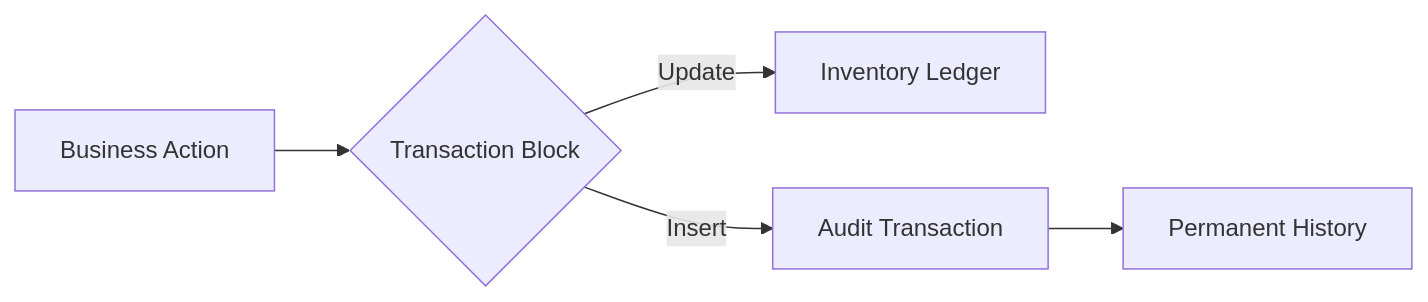
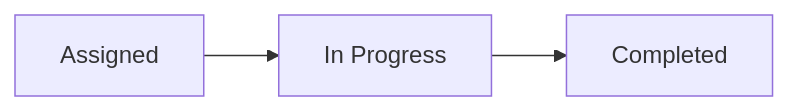
One commit to Sagarchhetri83/mini-operations-erp changed the fourth of 4 diagrams in README.md. Above: the diagram before and after it, drawn with Mermaid. The commit also changed other lines of this file, not shown here.

````diff
--- a/README.md
+++ b/README.md
@@ -281,7 +85,5 @@
 ```mermaid
 flowchart LR
-    A[Business Action] --> B{Transaction Block}
-    B -->|Update| C[Inventory Ledger]
-    B -->|Insert| D[Audit Transaction]
-    D --> E[Permanent History]
+    Assign[Assigned] --> Progress[In Progress]
+    Progress --> Complete[Completed]
 ```
````
